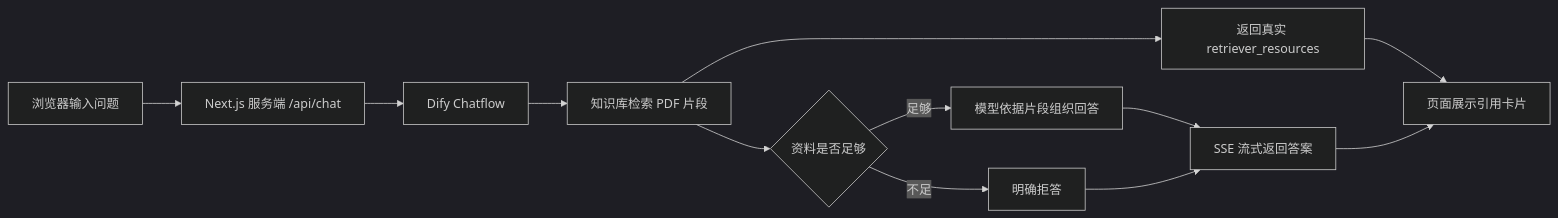
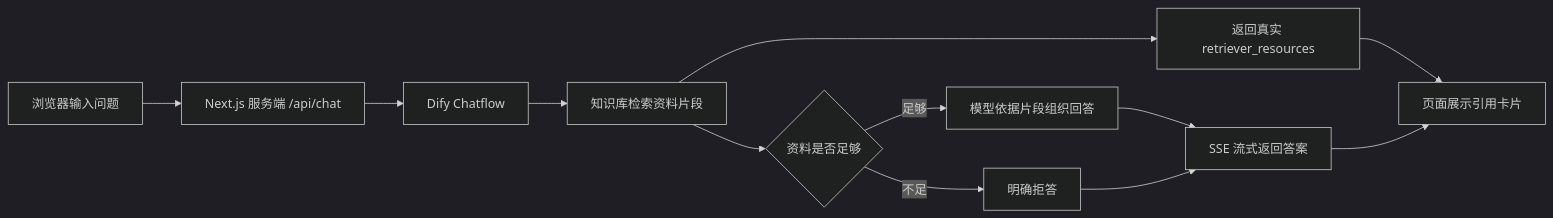
Before and after one commit to JW045-ctrl/zhiyuan-rag: the diagram in README.md, drawn with Mermaid (dark theme). The commit also changed other lines of this file and 2 other files, not shown here.

````diff
--- a/README.md
+++ b/README.md
@@ -70,14 +70,14 @@
 ```mermaid
 flowchart LR
     A[浏览器输入问题] --> B[Next.js 服务端 /api/chat]
     B --> C[Dify Chatflow]
-    C --> D[知识库检索 PDF 片段]
+    C --> D[知识库检索资料片段]
     D --> E{资料是否足够}
     E -->|足够| F[模型依据片段组织回答]
     E -->|不足| G[明确拒答]
     F --> H[SSE 流式返回答案]
     G --> H
     D --> I[返回真实 retriever_resources]
     I --> J[页面展示引用卡片]
     H --> J
 ```
````
